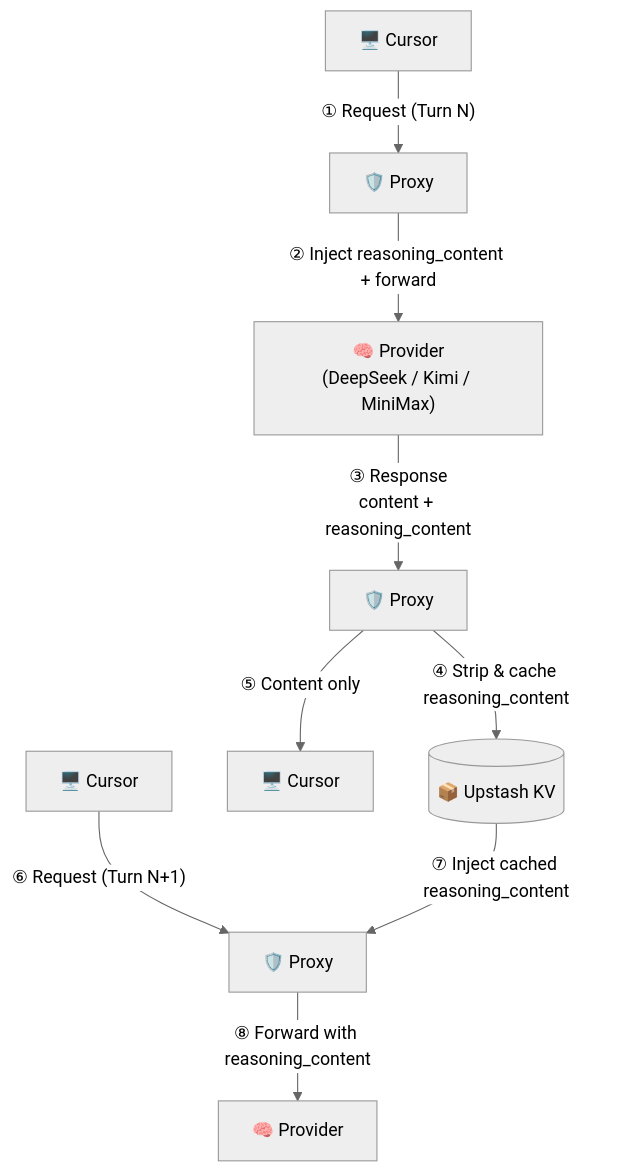
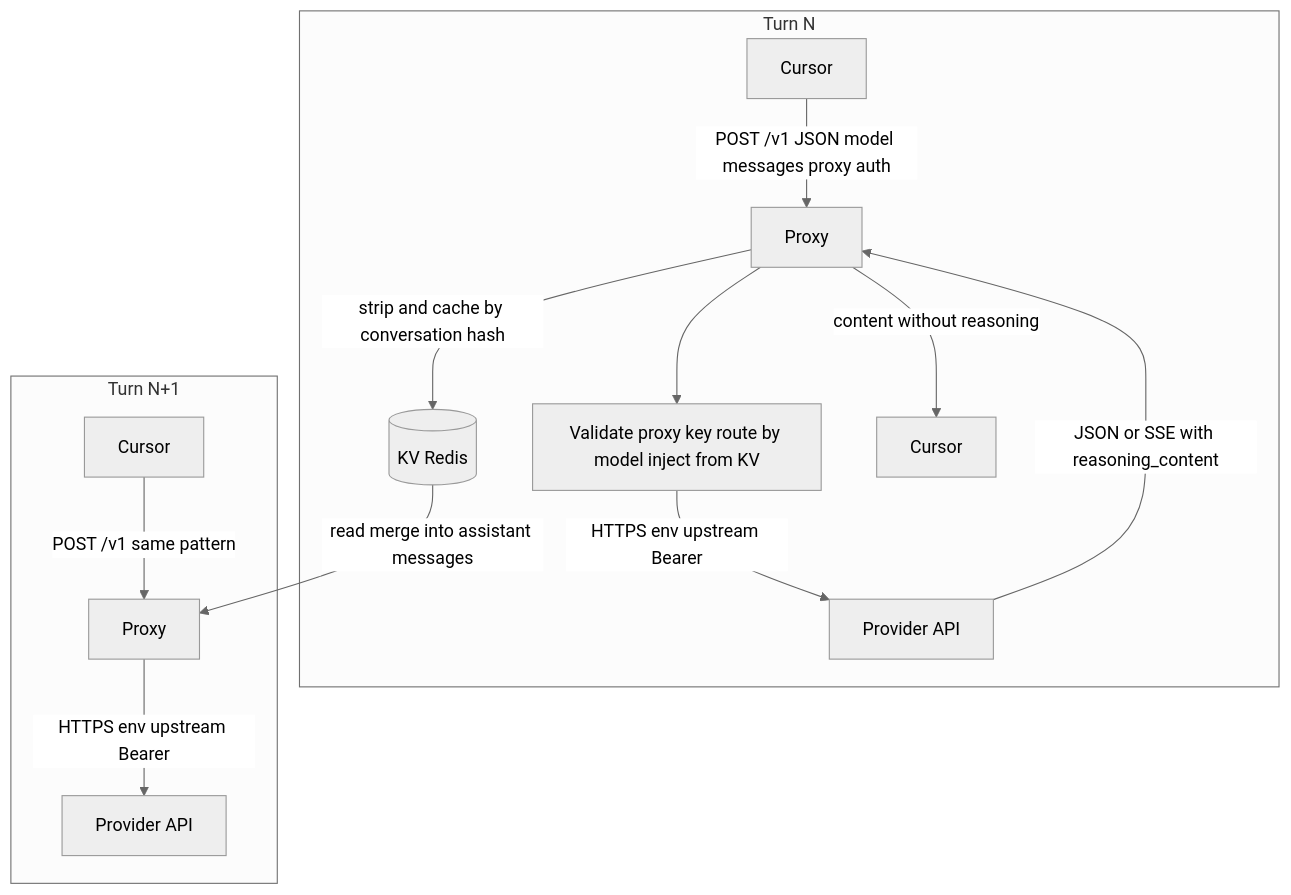
One commit to lqdflying/cursorProxy changed the first of 2 diagrams in README.md. Above: the diagram before and after it, drawn with Mermaid (neutral theme). The commit also changed other lines of this file and 5 other files, not shown here.

First line of the commit message:
feat: unified /v1 URL, model routing, and proxy auth

````diff
--- a/README.md
+++ b/README.md
@@ -251,12 +286,28 @@
 ```mermaid
 flowchart TB
-    C1["🖥️ Cursor"] -->|"① Request (Turn N)"| P1["🛡️ Proxy"]
-    P1 -->|"② Inject reasoning_content + forward"| DS["🧠 Provider\n(DeepSeek / Kimi / MiniMax)"]
-    DS -->|"③ Response\ncontent + reasoning_content"| P2["🛡️ Proxy"]
-    P2 -->|"④ Strip & cache reasoning_content"| KV[("📦 Upstash KV")]
-    P2 -->|"⑤ Content only"| C2["🖥️ Cursor"]
+    subgraph turnN [Turn N]
+        C1["Cursor"]
+        Px["Proxy"]
+        Prep["Validate proxy key route by model inject from KV"]
+        Up["Provider API"]
+        KV[("KV Redis")]
+        C2["Cursor"]
+    end
 
-    C3["🖥️ Cursor"] -->|"⑥ Request (Turn N+1)"| P3["🛡️ Proxy"]
-    KV -->|"⑦ Inject cached reasoning_content"| P3
-    P3 -->|"⑧ Forward with reasoning_content"| DS2["🧠 Provider"]
+    C1 -->|"POST /v1 JSON model messages proxy auth"| Px
+    Px --> Prep
+    Prep -->|"HTTPS env upstream Bearer"| Up
+    Up -->|"JSON or SSE with reasoning_content"| Px
+    Px -->|"strip and cache by conversation hash"| KV
+    Px -->|"content without reasoning"| C2
+
+    subgraph turnN1 [Turn N+1]
+        C3["Cursor"]
+        Py["Proxy"]
+        Up2["Provider API"]
+    end
+
+    C3 -->|"POST /v1 same pattern"| Py
+    KV -->|"read merge into assistant messages"| Py
+    Py -->|"HTTPS env upstream Bearer"| Up2
 ```
````
